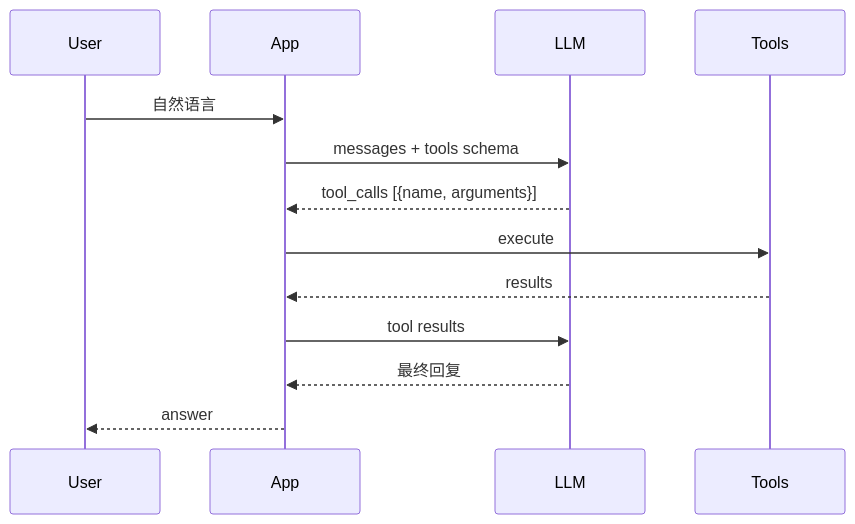
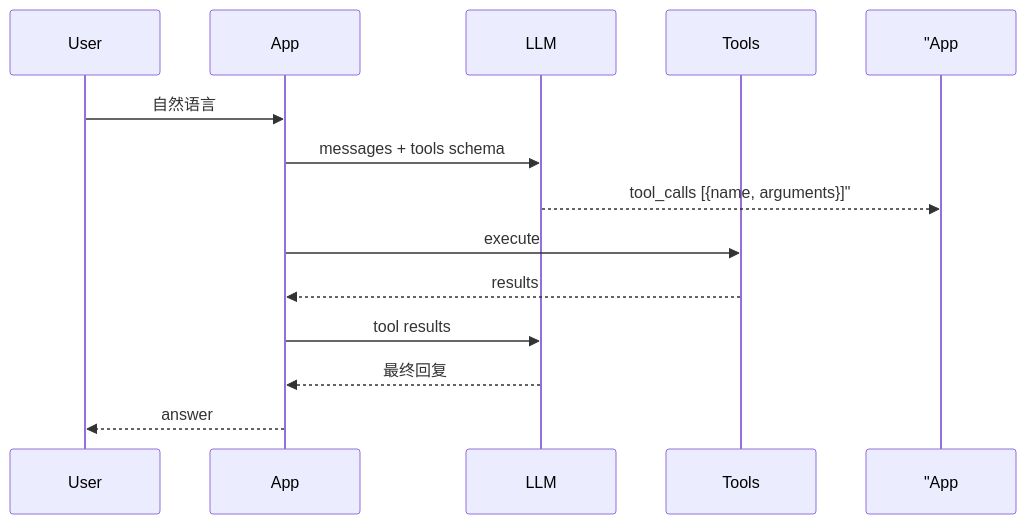
The diagram in course/day21/13_深度扩展_FunctionCalling与编排.md (ab6539763/70_days_course_plus), drawn with Mermaid before and after one commit. The commit also changed 134 other files, not shown here.

````diff
--- a/course/day21/13_深度扩展_FunctionCalling与编排.md
+++ b/course/day21/13_深度扩展_FunctionCalling与编排.md
@@ -12,16 +12,16 @@
 ```mermaid
 sequenceDiagram
     participant User
     participant App
     participant LLM
     participant Tools
 
     User->>App: 自然语言
     App->>LLM: messages + tools schema
-    LLM-->>App: tool_calls [{name, arguments}]
+    LLM-->> "App: tool_calls [{name, arguments}]"
     App->>Tools: execute
     Tools-->>App: results
     App->>LLM: tool results
     LLM-->>App: 最终回复
     App-->>User: answer
 ```
````
